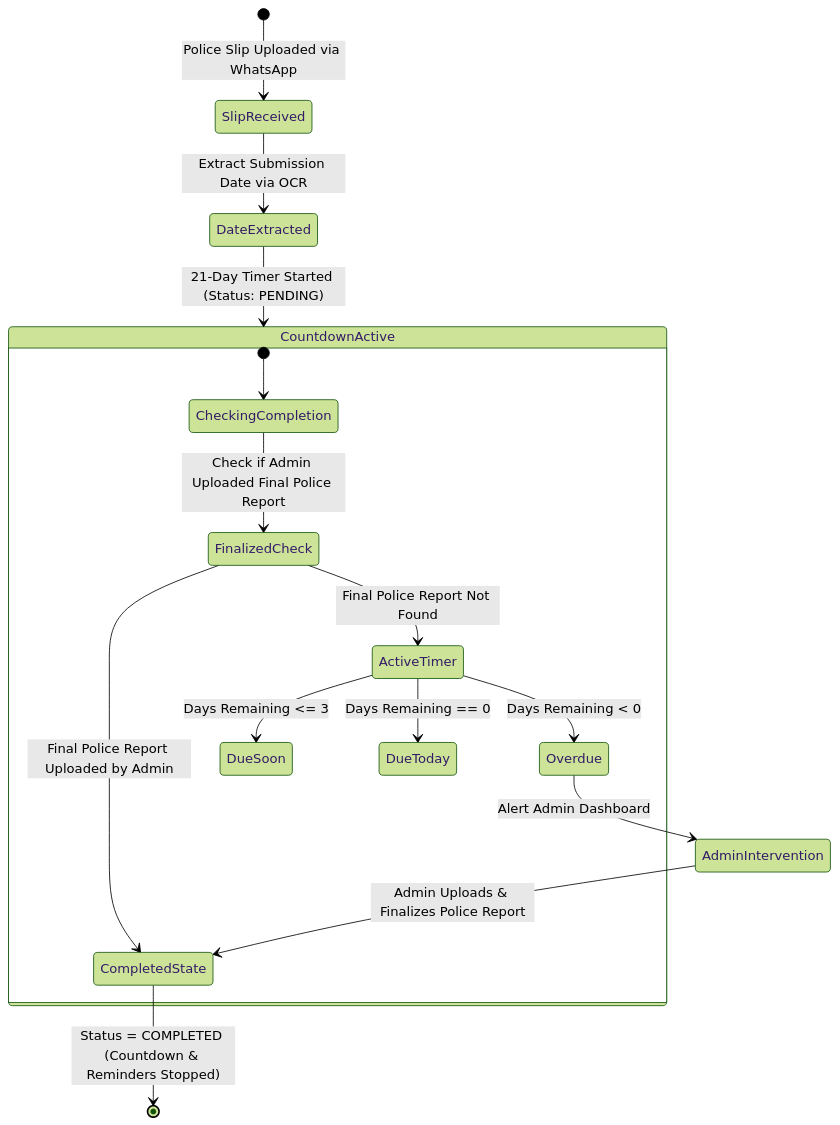
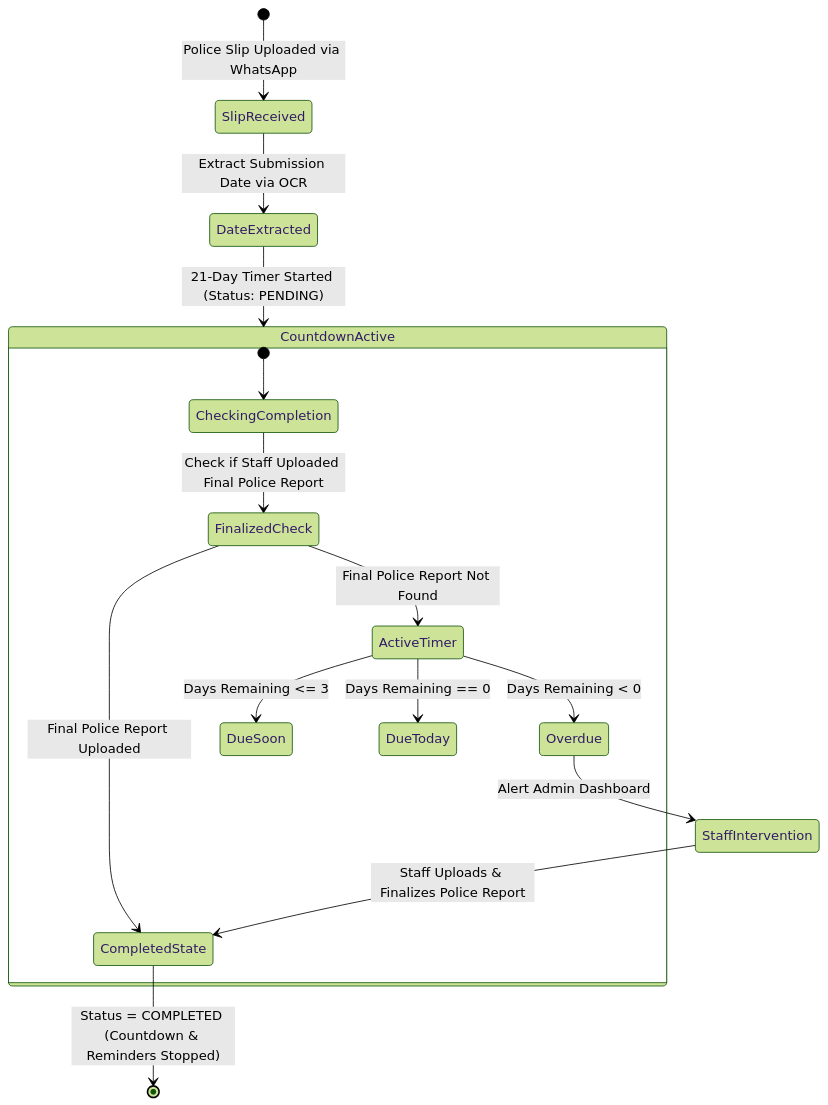
The sixth of 7 diagrams in README.md (emlynk-pixel/EmlynkWABot), drawn with Mermaid (forest theme) before and after one commit. The commit also changed other lines of this file, not shown here.

Commit message:
docs: rewrite README for new system architecture

````diff
--- a/README.md
+++ b/README.md
@@ -120,21 +414,21 @@
 ```mermaid
 stateDiagram-v2
     [*] --> SlipReceived: Police Slip Uploaded via WhatsApp
     SlipReceived --> DateExtracted: Extract Submission Date via OCR
     DateExtracted --> CountdownActive: 21-Day Timer Started (Status: PENDING)
 
     state CountdownActive {
         [*] --> CheckingCompletion
-        CheckingCompletion --> FinalizedCheck: Check if Admin Uploaded Final Police Report
-        FinalizedCheck --> CompletedState: Final Police Report Uploaded by Admin
+        CheckingCompletion --> FinalizedCheck: Check if Staff Uploaded Final Police Report
+        FinalizedCheck --> CompletedState: Final Police Report Uploaded
         FinalizedCheck --> ActiveTimer: Final Police Report Not Found
 
         ActiveTimer --> DueSoon: Days Remaining <= 3
         ActiveTimer --> DueToday: Days Remaining == 0
         ActiveTimer --> Overdue: Days Remaining < 0
     }
 
     CompletedState --> [*]: Status = COMPLETED (Countdown & Reminders Stopped)
-    Overdue --> AdminIntervention: Alert Admin Dashboard
-    AdminIntervention --> CompletedState: Admin Uploads & Finalizes Police Report
+    Overdue --> StaffIntervention: Alert Admin Dashboard
+    StaffIntervention --> CompletedState: Staff Uploads & Finalizes Police Report
 ```
````
